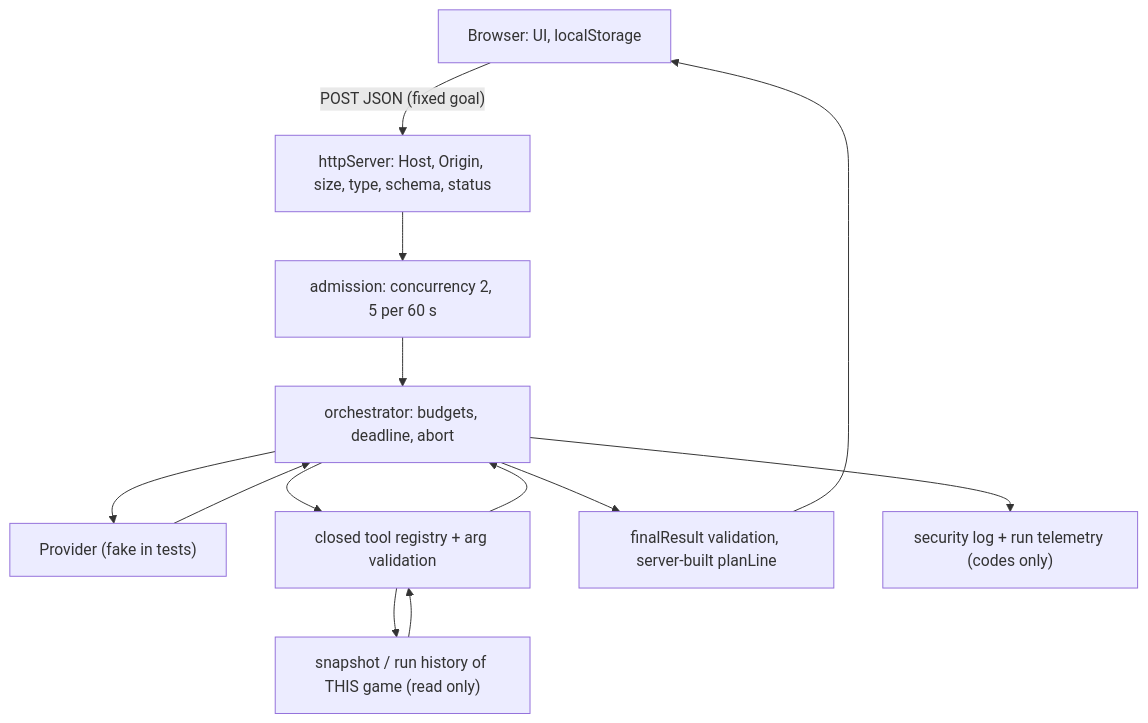
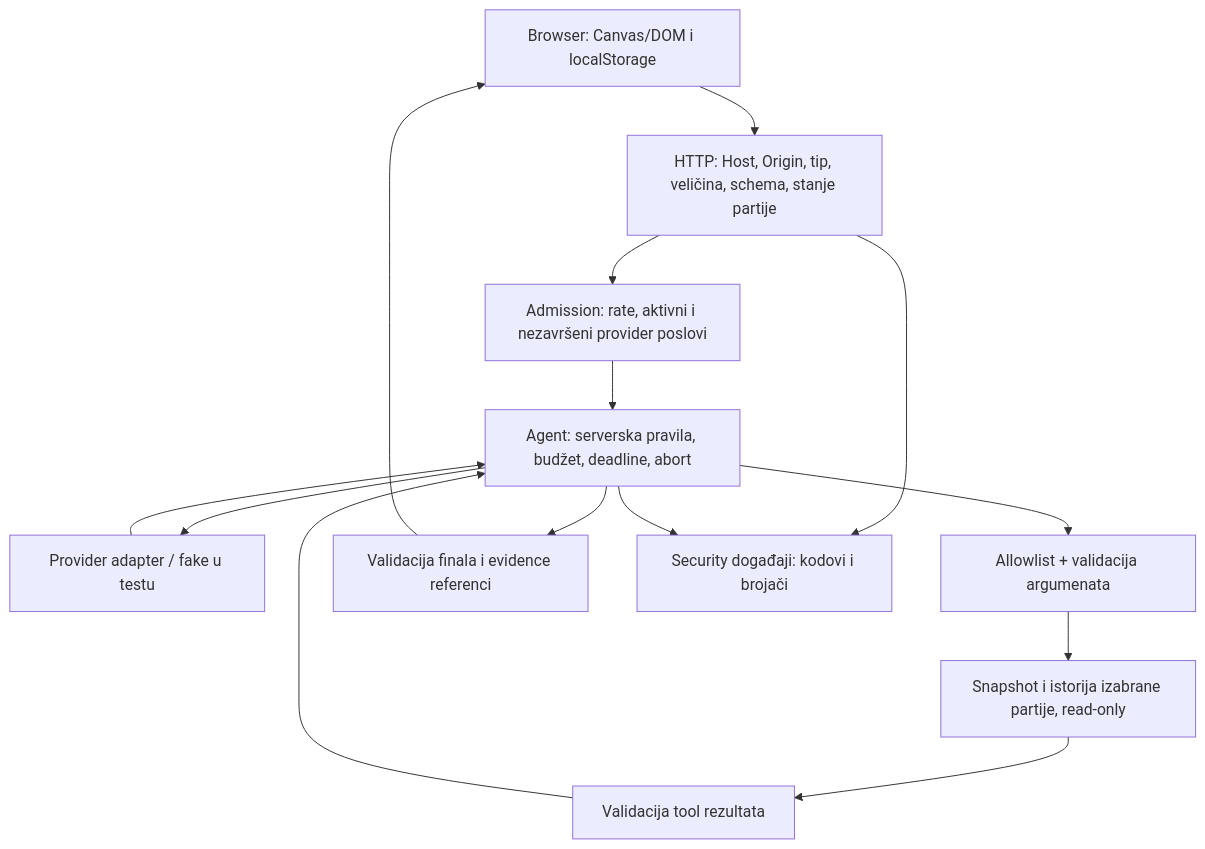
The diagram in EVIDENCE_W08.md (umilutinovic25-hash/retro-ai-game-team), drawn with Mermaid before and after one commit. The commit also changed other lines of this file and 4 other files, not shown here.

Commit message:
Document individual W08 submission and verified security evidence

````diff
--- a/EVIDENCE_W08.md
+++ b/EVIDENCE_W08.md
@@ -20,14 +19,16 @@
 ```mermaid
 flowchart TD
-    B["Browser: UI, localStorage"] -->|"POST JSON (fixed goal)"| A["httpServer: Host, Origin, size, type, schema, status"]
-    A --> AD["admission: concurrency 2, 5 per 60 s"]
-    AD --> O["orchestrator: budgets, deadline, abort"]
-    O --> M["Provider (fake in tests)"]
+    B["Browser: Canvas/DOM i localStorage"] --> A["HTTP: Host, Origin, tip, veličina, schema, stanje partije"]
+    A --> C["Admission: rate, aktivni i nezavršeni provider poslovi"]
+    C --> O["Agent: serverska pravila, budžet, deadline, abort"]
+    O --> M["Provider adapter / fake u testu"]
     M --> O
-    O --> T["closed tool registry + arg validation"]
-    T --> D["snapshot / run history of THIS game (read only)"]
-    D --> T --> O
-    O --> V["finalResult validation, server-built planLine"]
-    V --> B
-    O --> L["security log + run telemetry (codes only)"]
+    O --> T["Allowlist + validacija argumenata"]
+    T --> D["Snapshot i istorija izabrane partije, read-only"]
+    D --> V["Validacija tool rezultata"]
+    V --> O
+    O --> F["Validacija finala i evidence referenci"]
+    F --> B
+    A --> L["Security događaji: kodovi i brojači"]
+    O --> L
 ```
````
